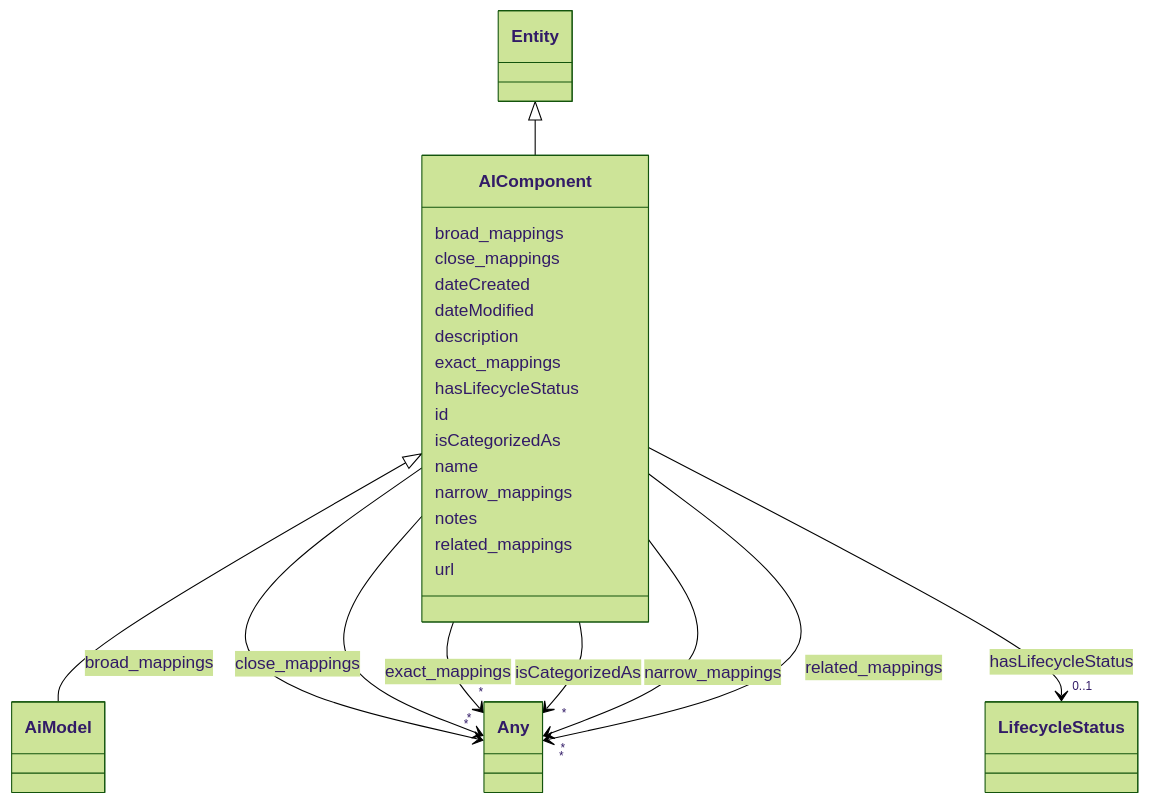
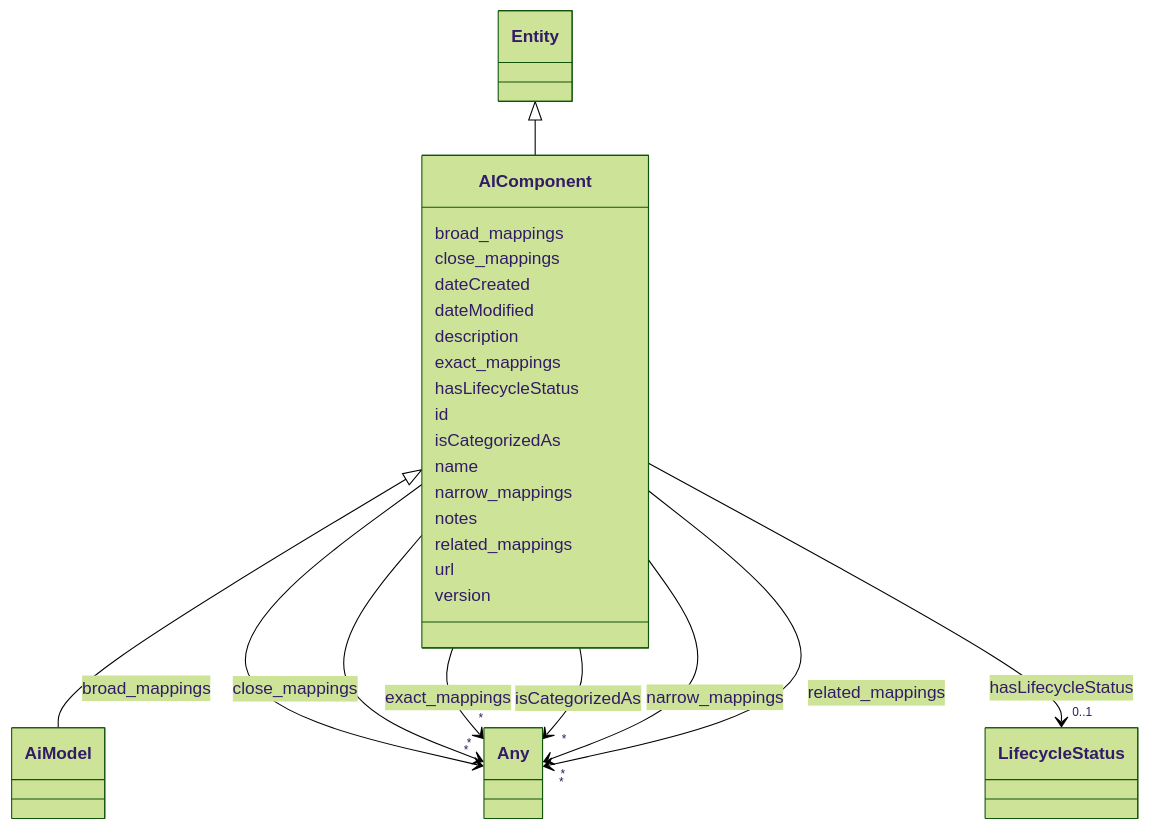
One commit to IBM/ai-atlas-nexus changed the diagram in docs/ontology/AIComponent.md. Above: the diagram before and after it, drawn with Mermaid (forest theme). The commit also changed other lines of this file and 101 other files, not shown here.

````diff
--- a/docs/ontology/AIComponent.md
+++ b/docs/ontology/AIComponent.md
@@ -114,5 +114,7 @@
 
       AIComponent : url
 
+      AIComponent : version
+
 
 ```
````
